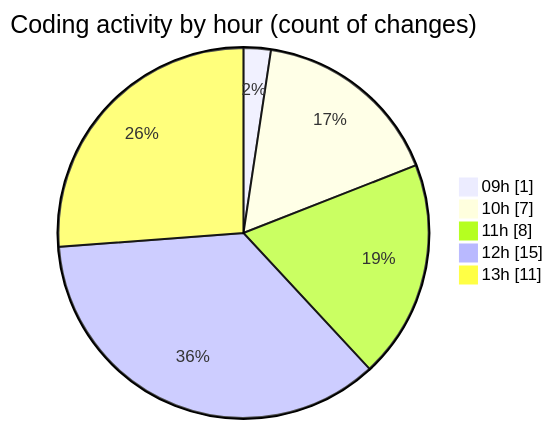
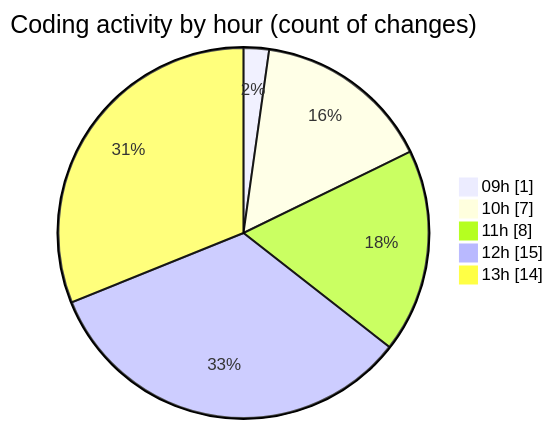
One commit to Elitesun/code-tracking changed the second of 2 diagrams in 2025-02-12/elitegpt/README.md. Above: the diagram before and after it, drawn with Mermaid. The commit also changed other lines of this file and 1 other file, not shown here.

````diff
--- a/2025-02-12/elitegpt/README.md
+++ b/2025-02-12/elitegpt/README.md
@@ -42,9 +42,9 @@
 ```mermaid
 pie showData
 title Coding activity by hour (count of changes)
 "09h" : 1
 "10h" : 7
 "11h" : 8
 "12h" : 15
-"13h" : 11
+"13h" : 14
 ```
````
